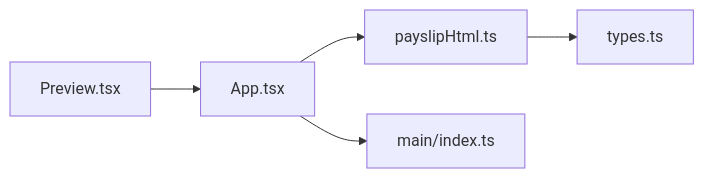
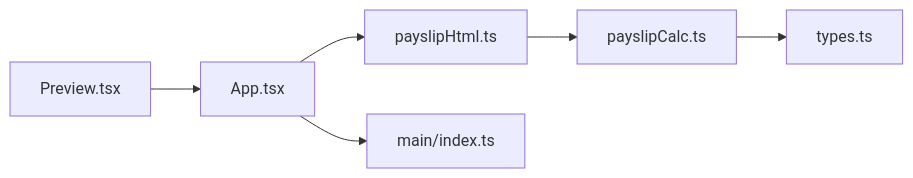
One commit to MdodoIng/salery-slip-generater changed the seventh of 7 diagrams in .qoder/repowiki/en/content/UI Components/Preview Component.md. Above: the diagram before and after it, drawn with Mermaid. The commit also changed other lines of this file and 22 other files, not shown here.

````diff
--- a/.qoder/repowiki/en/content/UI Components/Preview Component.md
+++ b/.qoder/repowiki/en/content/UI Components/Preview Component.md
@@ -228,7 +322,8 @@
 ```mermaid
 graph LR
 Preview["Preview.tsx"] --> App["App.tsx"]
 App --> HtmlGen["payslipHtml.ts"]
-HtmlGen --> Types["types.ts"]
+HtmlGen --> Calc["payslipCalc.ts"]
+Calc --> Types["types.ts"]
 App --> Main["main/index.ts"]
 ```
````
